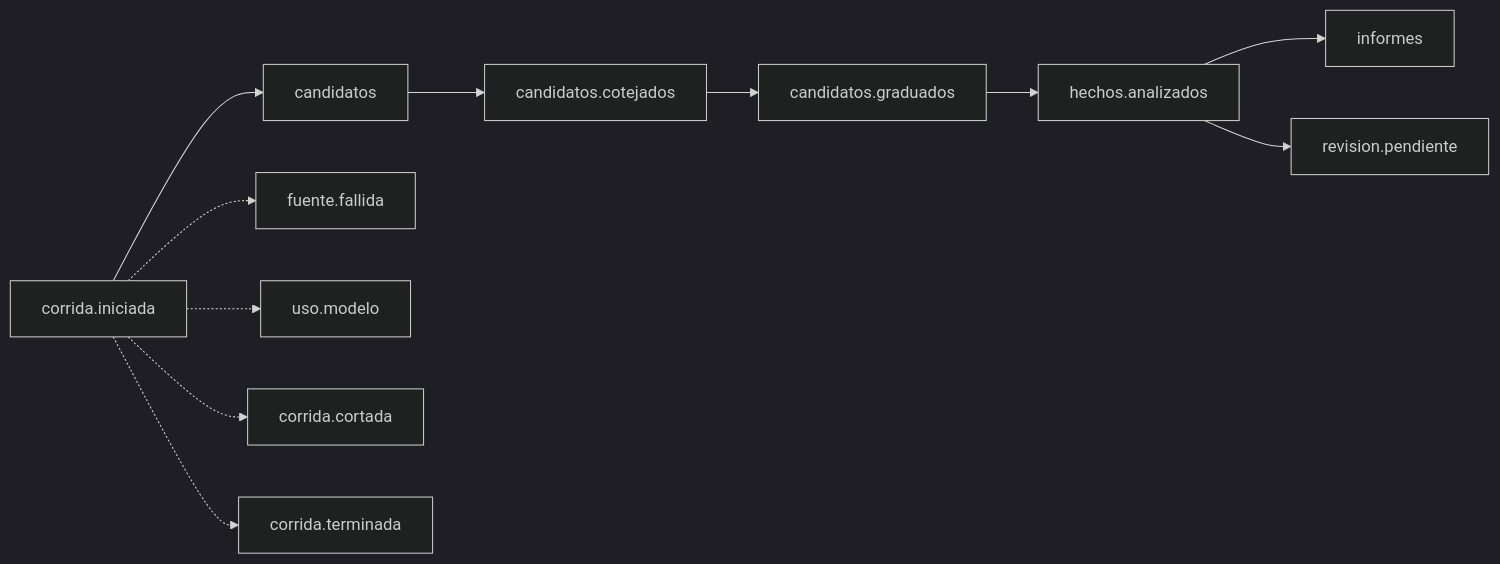
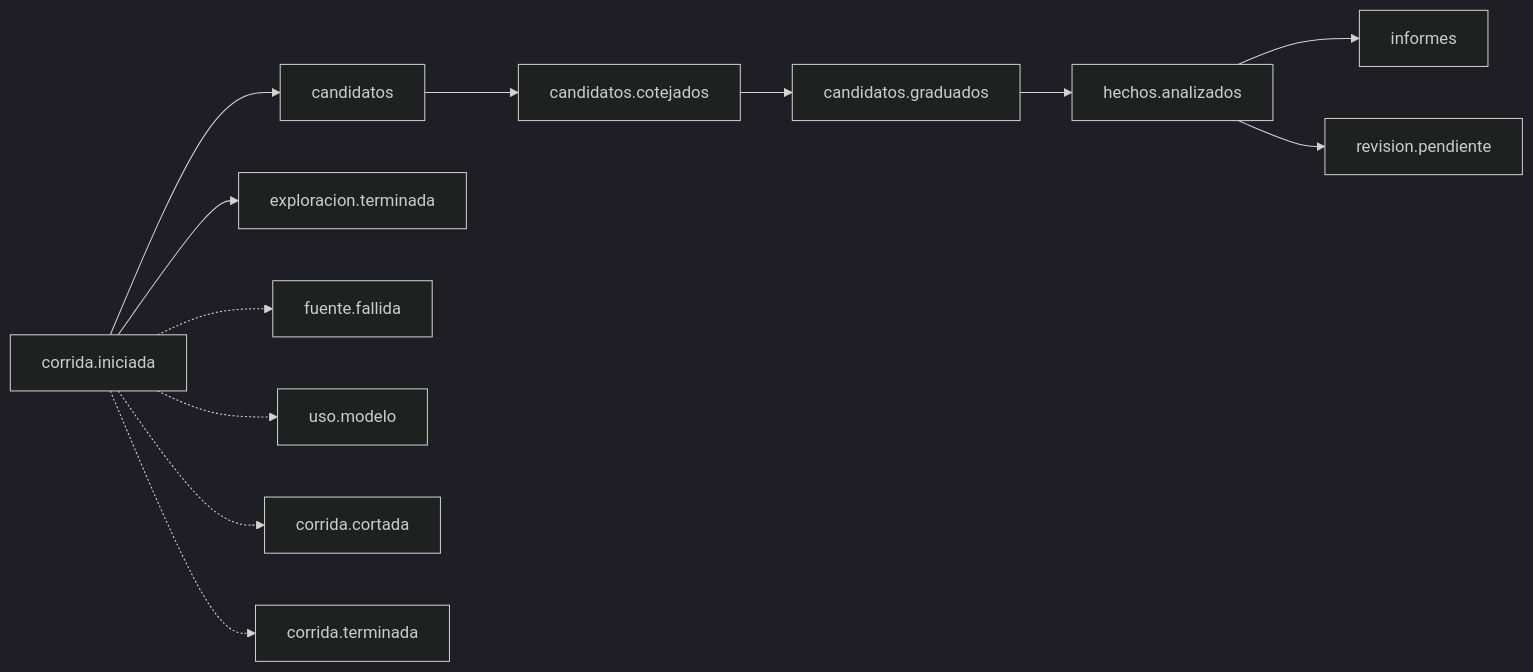
One commit to andresdiegolanda/el-parte changed the second of 2 diagrams in docs/contratos.md. Above: the diagram before and after it, drawn with Mermaid (dark theme). The commit also changed other lines of this file and 64 other files, not shown here.

````diff
--- a/docs/contratos.md
+++ b/docs/contratos.md
@@ -41,13 +41,14 @@
 ```mermaid
 flowchart LR
     I[corrida.iniciada] --> K[candidatos]
+    I --> ET[exploracion.terminada]
     K --> C[candidatos.cotejados]
     C --> G[candidatos.graduados]
     G --> A[hechos.analizados]
     A --> IN[informes]
     A --> RP[revision.pendiente]
     I -.-> FF[fuente.fallida]
     I -.-> UM[uso.modelo]
     I -.-> CC[corrida.cortada]
     I -.-> CT[corrida.terminada]
 ```
````
